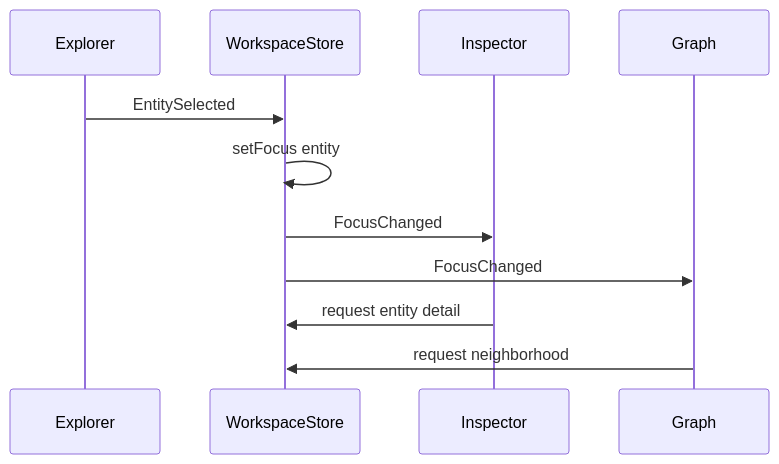
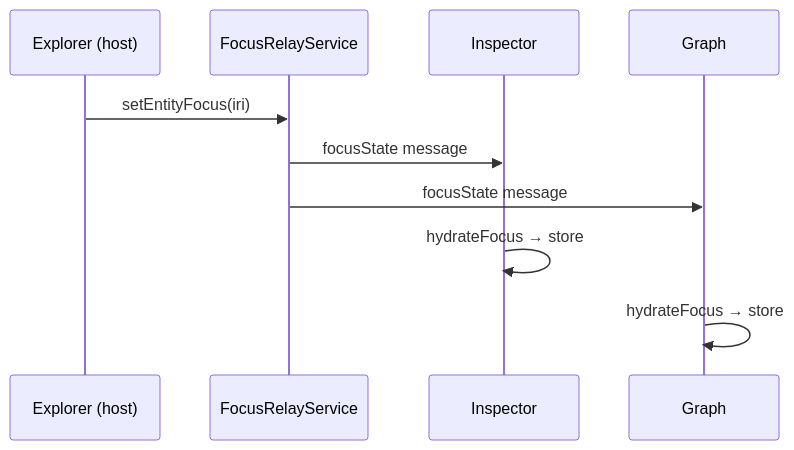
One commit to eddiethedean/ontocode changed the diagram in docs/platform/WORKSPACE_RUNTIME.md. Above: the diagram before and after it, drawn with Mermaid. The commit also changed other lines of this file and 44 other files, not shown here.

````diff
--- a/docs/platform/WORKSPACE_RUNTIME.md
+++ b/docs/platform/WORKSPACE_RUNTIME.md
@@ -108,14 +76,13 @@
 ```mermaid
 sequenceDiagram
-  participant Explorer
-  participant Store as WorkspaceStore
+  participant Explorer as Explorer (host)
+  participant Relay as FocusRelayService
   participant Inspector
   participant Graph
 
-  Explorer->>Store: EntitySelected
-  Store->>Store: setFocus entity
-  Store->>Inspector: FocusChanged
-  Store->>Graph: FocusChanged
-  Inspector->>Store: request entity detail
-  Graph->>Store: request neighborhood
+  Explorer->>Relay: setEntityFocus(iri)
+  Relay->>Inspector: focusState message
+  Relay->>Graph: focusState message
+  Inspector->>Inspector: hydrateFocus → store
+  Graph->>Graph: hydrateFocus → store
 ```
````
